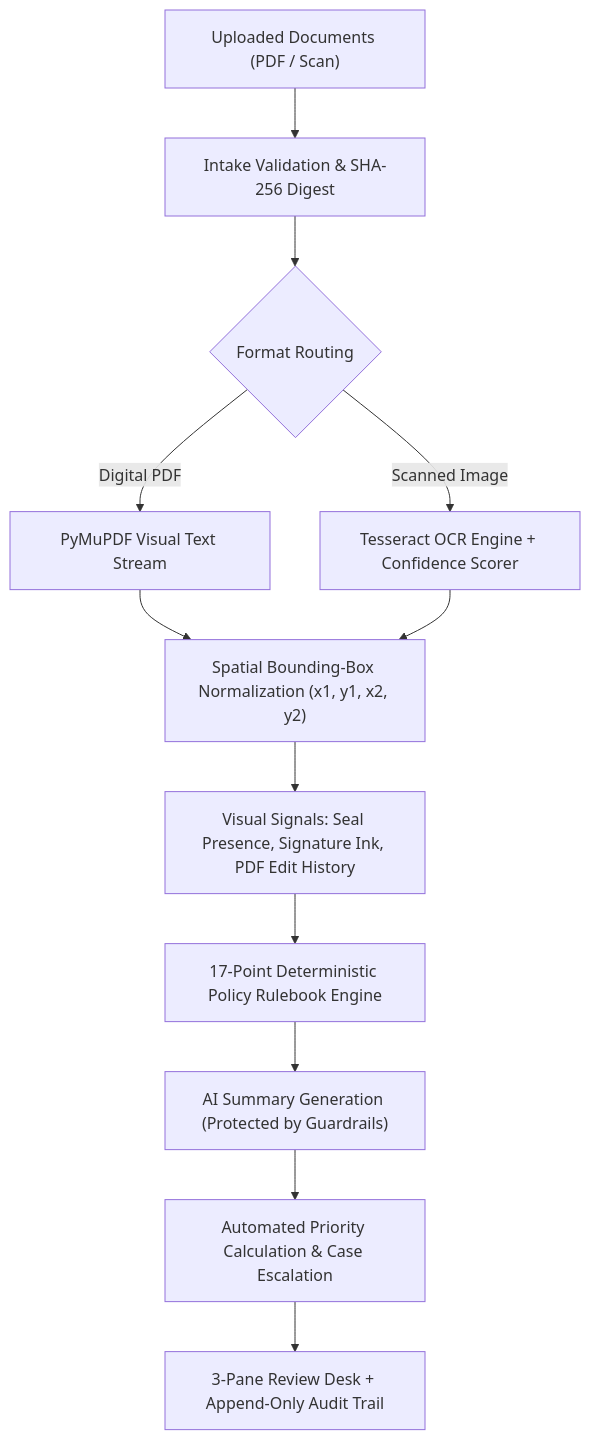
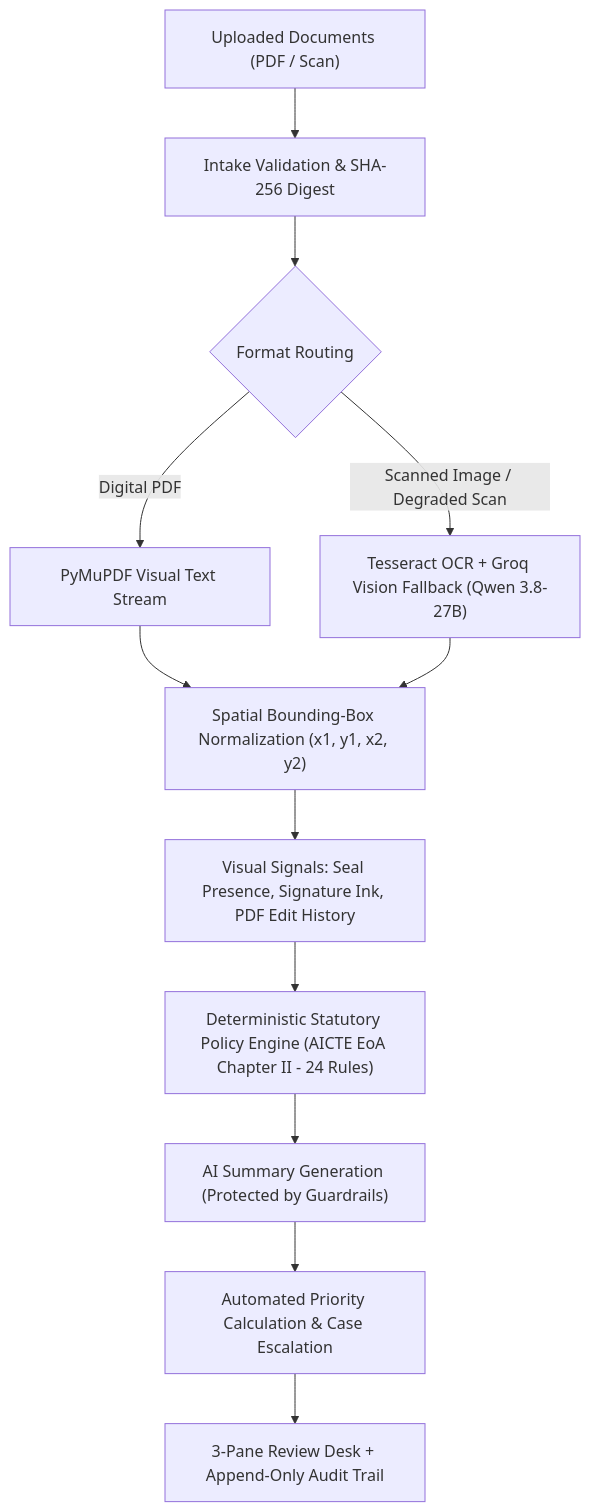
The diagram in README.md (suryakrishna17/Veriscope), drawn with Mermaid before and after one commit. The commit also changed other lines of this file and 9 other files, not shown here.

Commit message:
docs: synchronize all project markdown files with completed Steps 1-4 and live architecture

````diff
--- a/README.md
+++ b/README.md
@@ -90,14 +98,14 @@
 ```mermaid
 flowchart TD
     A["Uploaded Documents (PDF / Scan)"] --> B["Intake Validation & SHA-256 Digest"]
     B --> C{"Format Routing"}
     C -->|"Digital PDF"| D["PyMuPDF Visual Text Stream"]
-    C -->|"Scanned Image"| E["Tesseract OCR Engine + Confidence Scorer"]
+    C -->|"Scanned Image / Degraded Scan"| E["Tesseract OCR + Groq Vision Fallback (Qwen 3.8-27B)"]
     D --> F["Spatial Bounding-Box Normalization (x1, y1, x2, y2)"]
     E --> F
     F --> G["Visual Signals: Seal Presence, Signature Ink, PDF Edit History"]
-    G --> H["17-Point Deterministic Policy Rulebook Engine"]
+    G --> H["Deterministic Statutory Policy Engine (AICTE EoA Chapter II - 24 Rules)"]
     H --> I["AI Summary Generation (Protected by Guardrails)"]
     I --> J["Automated Priority Calculation & Case Escalation"]
     J --> K["3-Pane Review Desk + Append-Only Audit Trail"]
 ```
````
